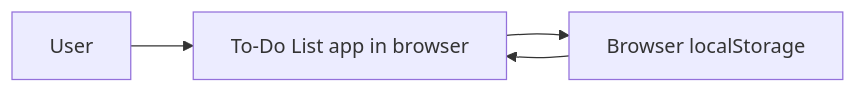
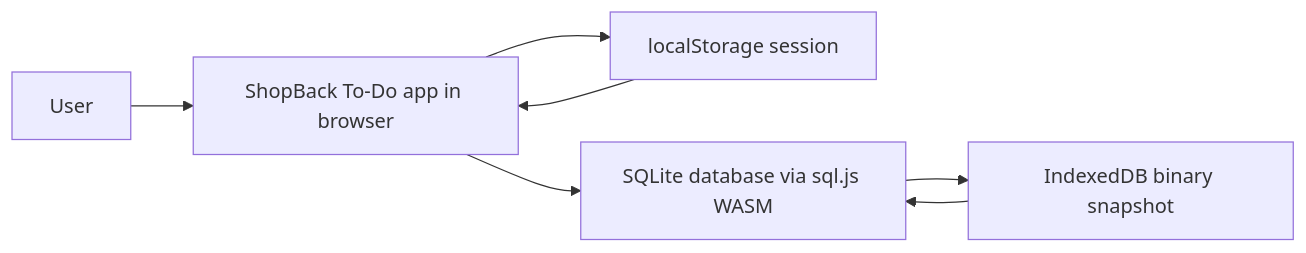
One commit to Kopi-O-Kosong-Beng/ShopBack_AI-Assisted-App changed the diagram in specs/01-scope.md. Above: the diagram before and after it, drawn with Mermaid. The commit also changed other lines of this file and 6 other files, not shown here.

````diff
--- a/specs/01-scope.md
+++ b/specs/01-scope.md
@@ -9,6 +13,9 @@
 ```mermaid
 flowchart LR
-  U[User] --> APP[To-Do List app in browser]
-  APP --> LS[Browser localStorage]
-  LS --> APP
+  U[User] --> APP[ShopBack To-Do app in browser]
+  APP --> SESS[localStorage session]
+  SESS --> APP
+  APP --> DB[SQLite database via sql.js WASM]
+  DB --> IDB[IndexedDB binary snapshot]
+  IDB --> DB
 ```
````
